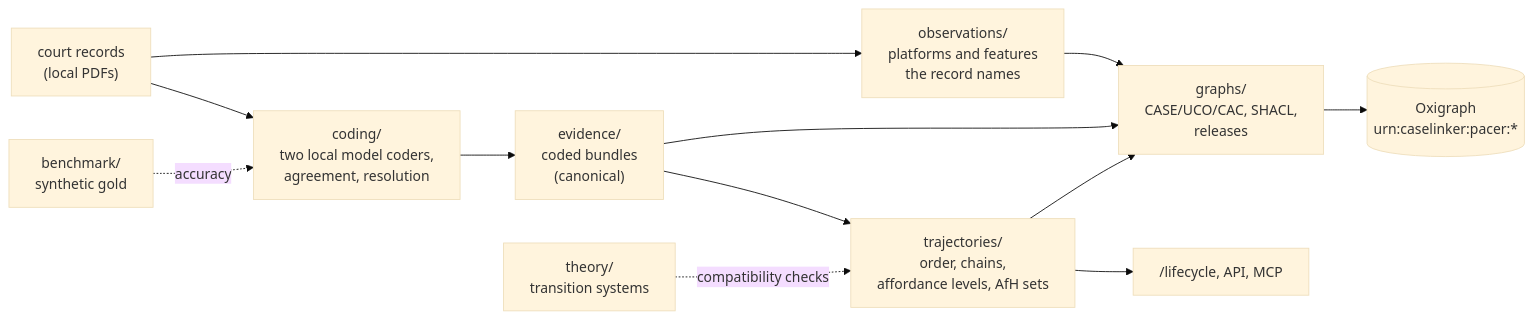
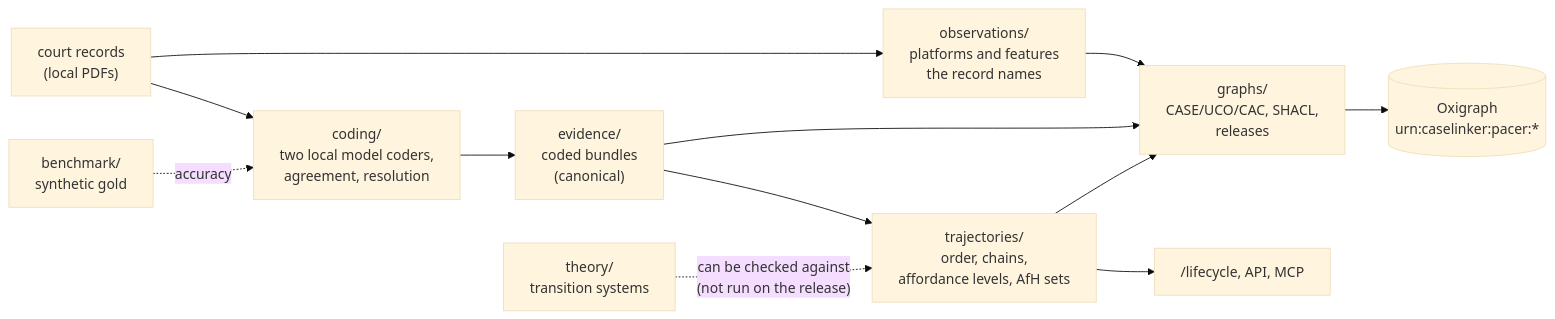
The diagram in state_machines/README.md (mrinaalr/CaseLinker), drawn with Mermaid (base theme) before and after one commit. The commit also changed other lines of this file and 94 other files, not shown here.

````diff
--- a/state_machines/README.md
+++ b/state_machines/README.md
@@ -18,14 +18,14 @@
 ```mermaid
 flowchart LR
   pdf["court records<br/>(local PDFs)"] --> coding["coding/<br/>two local model coders,<br/>agreement, resolution"]
   bench["benchmark/<br/>synthetic gold"] -. "accuracy" .-> coding
   coding --> evidence["evidence/<br/>coded bundles<br/>(canonical)"]
   pdf --> obs["observations/<br/>platforms and features<br/>the record names"]
   obs --> graphs
   evidence --> traj["trajectories/<br/>order, chains,<br/>affordance levels, AfH sets"]
   evidence --> graphs["graphs/<br/>CASE/UCO/CAC, SHACL,<br/>releases"]
   traj --> graphs
   graphs --> ox[("Oxigraph<br/>urn:caselinker:pacer:*")]
   traj --> ui["/lifecycle, API, MCP"]
-  theory["theory/<br/>transition systems"] -. "compatibility checks" .-> traj
+  theory["theory/<br/>transition systems"] -. "can be checked against<br/>(not run on the release)" .-> traj
 ```
````
